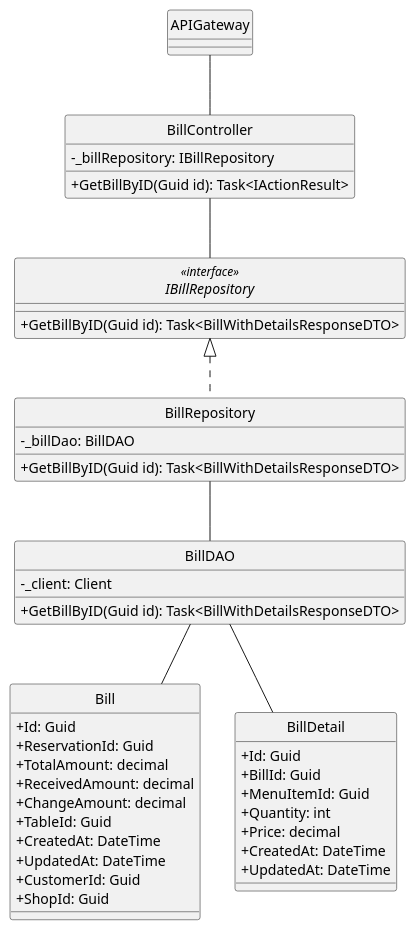
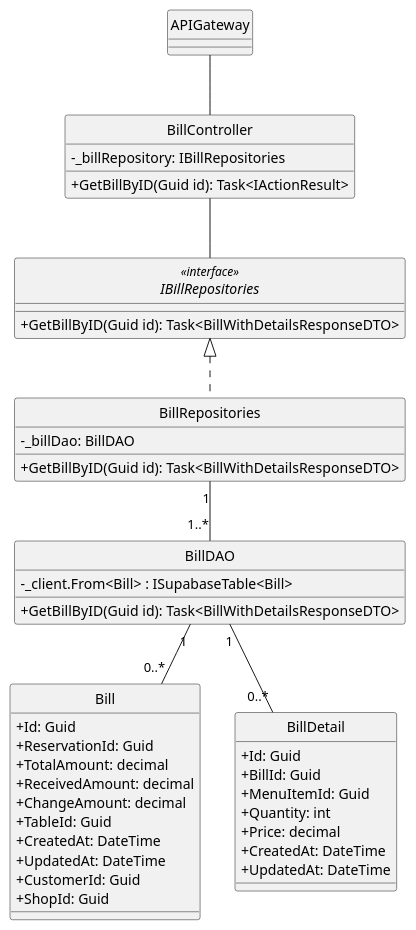
Before and after one commit to minhnhut23/FPT-OBOMS: the diagram in docs/ClassDiagram/Bill/GetByid/GetBillByID.plantuml, drawn with PlantUML. The commit also changed 10 other files, not shown here.

Commit message:
sequence diagram for bill feature

```diff
--- a/docs/ClassDiagram/Bill/GetByid/GetBillByID.plantuml
+++ b/docs/ClassDiagram/Bill/GetByid/GetBillByID.plantuml
@@ -1,62 +1,62 @@
 @startuml
 hide circle
 skinparam classAttributeIconSize 0
 
 class APIGateway {
 }
 
 class BillController {
-    - _billRepository: IBillRepository
+    - _billRepository: IBillRepositories
     + GetBillByID(Guid id): Task<IActionResult>
 }
 
-interface IBillRepository<<interface>> {
+interface IBillRepositories<<interface>> {
     + GetBillByID(Guid id): Task<BillWithDetailsResponseDTO>
 }
 
-class BillRepository {
+class BillRepositories {
     - _billDao: BillDAO
     + GetBillByID(Guid id): Task<BillWithDetailsResponseDTO>
 }
 
 class BillDAO {
-    - _client: Client
+    - _client.From<Bill> : ISupabaseTable<Bill>
     + GetBillByID(Guid id): Task<BillWithDetailsResponseDTO>
 }
 
 
 class Bill {
     + Id: Guid
     + ReservationId: Guid
     + TotalAmount: decimal
     + ReceivedAmount: decimal
     + ChangeAmount: decimal
     + TableId: Guid
     + CreatedAt: DateTime
     + UpdatedAt: DateTime
     + CustomerId: Guid
     + ShopId: Guid
 }
 
 class BillDetail {
     + Id: Guid
     + BillId: Guid
     + MenuItemId: Guid
     + Quantity: int
     + Price: decimal
     + CreatedAt: DateTime
     + UpdatedAt: DateTime
 }
 
 APIGateway -- BillController
 
-BillController -- IBillRepository
+BillController -- IBillRepositories
 
-IBillRepository <|.. BillRepository
+IBillRepositories <|.. BillRepositories
 
-BillRepository -- BillDAO
+BillRepositories "1" -- "1..*" BillDAO
 
-BillDAO -- Bill
+BillDAO "1" -- "0..*" Bill
 
-BillDAO -- BillDetail
+BillDAO "1" -- "0..*" BillDetail
 @enduml
```
